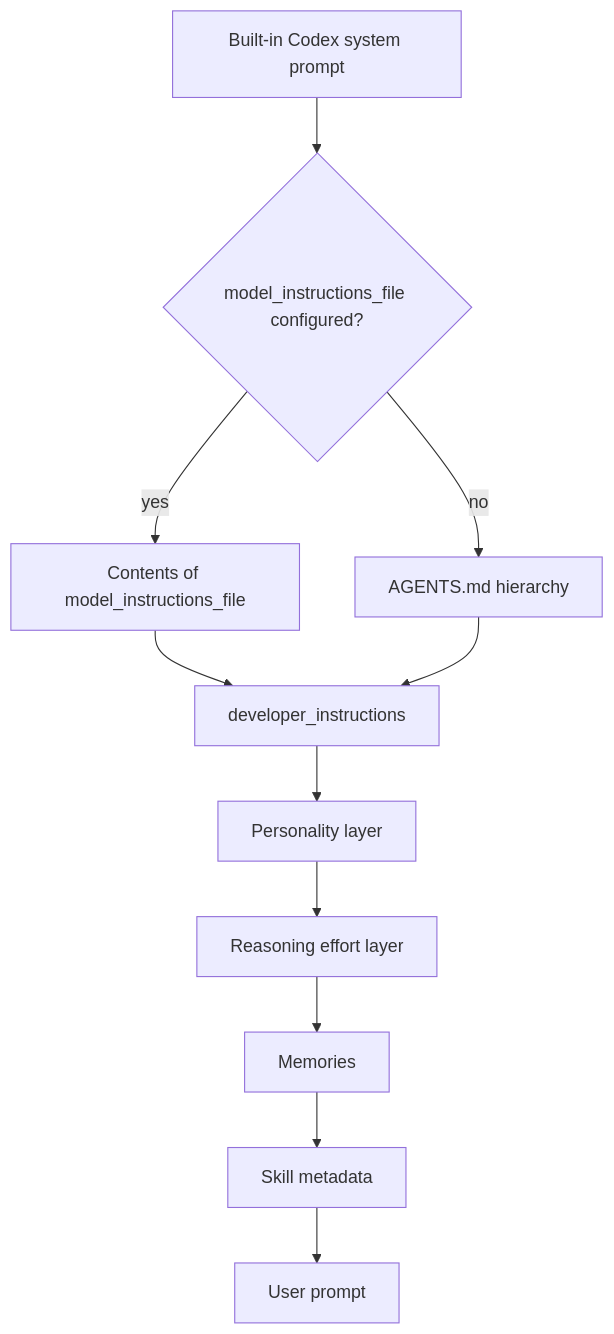
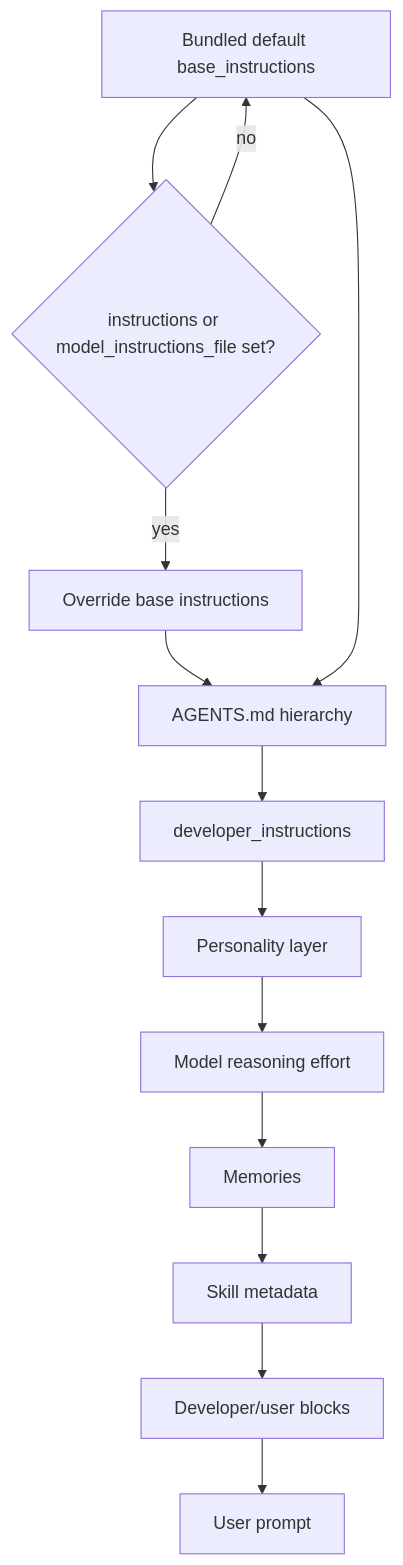
One commit to yankeeinlondon/rusty-biscuit changed the diagram in claudine/docs/research/system-prompt/codex.md. Above: the diagram before and after it, drawn with Mermaid. The commit also changed other lines of this file and 9 other files, not shown here.

First line of the commit message:
docs(claudine): expand system-prompt fleet with kilo, kimi providers

````diff
--- a/claudine/docs/research/system-prompt/codex.md
+++ b/claudine/docs/research/system-prompt/codex.md
@@ -304,13 +537,15 @@
 ```mermaid
 graph TD
-    A[Built-in Codex system prompt] --> B{model_instructions_file configured?}
-    B -- yes --> C[Contents of model_instructions_file]
-    B -- no --> D[AGENTS.md hierarchy]
-    C --> E[developer_instructions]
-    D --> E
+    A[Bundled default base_instructions] --> B{instructions or model_instructions_file set?}
+    B -- yes --> C[Override base instructions]
+    B -- no --> A
+    C --> D[AGENTS.md hierarchy]
+    A --> D
+    D --> E[developer_instructions]
     E --> F[Personality layer]
-    F --> G[Reasoning effort layer]
+    F --> G[Model reasoning effort]
     G --> H[Memories]
     H --> I[Skill metadata]
-    I --> J[User prompt]
+    I --> J[Developer/user blocks]
+    J --> K[User prompt]
 ```
````
